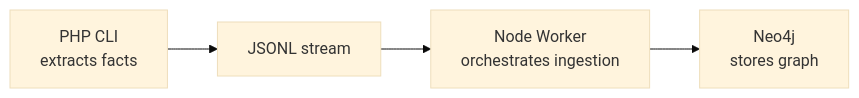
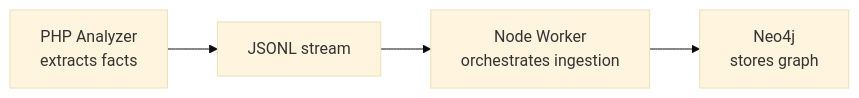
Before and after one commit to DavidBelicza/Magento-MCP-Server: the fifth of 5 diagrams in docs/architecture_world_mapping.md, drawn with Mermaid (base theme). The commit also changed other lines of this file and 21 other files, not shown here.

First line of the commit message:
Refactor PHP analyzer from CLI to HTTP microservice

````diff
--- a/docs/architecture_world_mapping.md
+++ b/docs/architecture_world_mapping.md
@@ -149,6 +149,6 @@
 ```mermaid
 flowchart LR
-    A[PHP CLI<br/>extracts facts] --> B[JSONL stream]
+    A[PHP Analyzer<br/>extracts facts] --> B[JSONL stream]
     B --> C[Node Worker<br/>orchestrates ingestion]
     C --> D[Neo4j<br/>stores graph]
 ```
````
